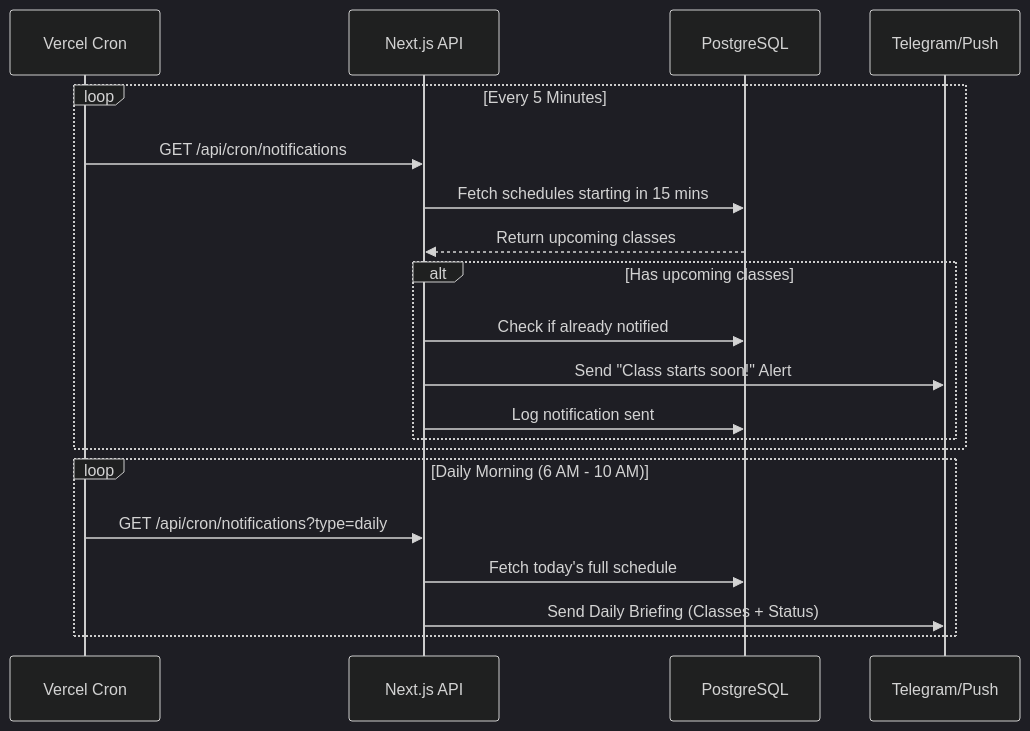
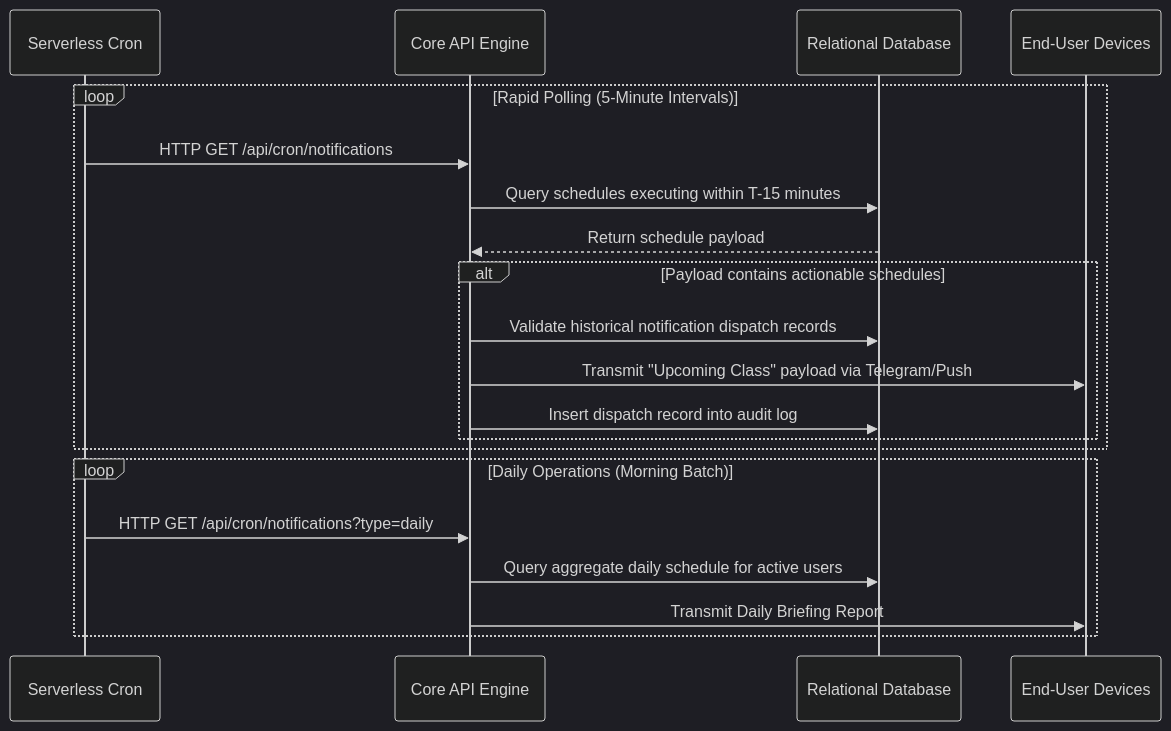
Before and after one commit to simply-mihir/attendease: the third of 3 diagrams in README.md, drawn with Mermaid (dark theme). The commit also changed other lines of this file, not shown here.

````diff
--- a/README.md
+++ b/README.md
@@ -78,25 +99,25 @@
 ```mermaid
 sequenceDiagram
-    participant Cron as Vercel Cron
-    participant API as Next.js API
-    participant DB as PostgreSQL
-    participant User as Telegram/Push
+    participant Cron as Serverless Cron
+    participant API as Core API Engine
+    participant DB as Relational Database
+    participant User as End-User Devices
 
-    loop Every 5 Minutes
-        Cron->>API: GET /api/cron/notifications
-        API->>DB: Fetch schedules starting in 15 mins
-        DB-->>API: Return upcoming classes
+    loop Rapid Polling (5-Minute Intervals)
+        Cron->>API: HTTP GET /api/cron/notifications
+        API->>DB: Query schedules executing within T-15 minutes
+        DB-->>API: Return schedule payload
         
-        alt Has upcoming classes
-            API->>DB: Check if already notified
-            API->>User: Send "Class starts soon!" Alert
-            API->>DB: Log notification sent
+        alt Payload contains actionable schedules
+            API->>DB: Validate historical notification dispatch records
+            API->>User: Transmit "Upcoming Class" payload via Telegram/Push
+            API->>DB: Insert dispatch record into audit log
         end
     end
 
-    loop Daily Morning (6 AM - 10 AM)
-        Cron->>API: GET /api/cron/notifications?type=daily
-        API->>DB: Fetch today's full schedule
-        API->>User: Send Daily Briefing (Classes + Status)
+    loop Daily Operations (Morning Batch)
+        Cron->>API: HTTP GET /api/cron/notifications?type=daily
+        API->>DB: Query aggregate daily schedule for active users
+        API->>User: Transmit Daily Briefing Report
     end
 ```
````
